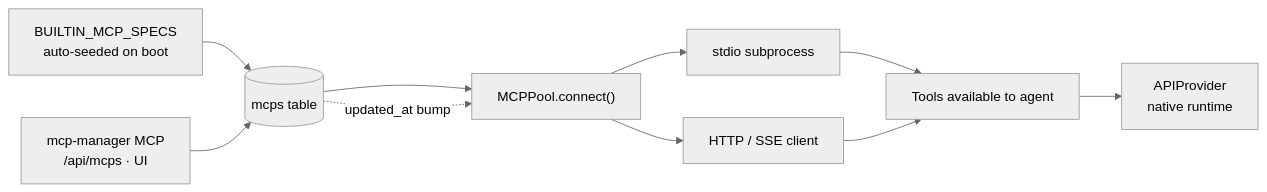
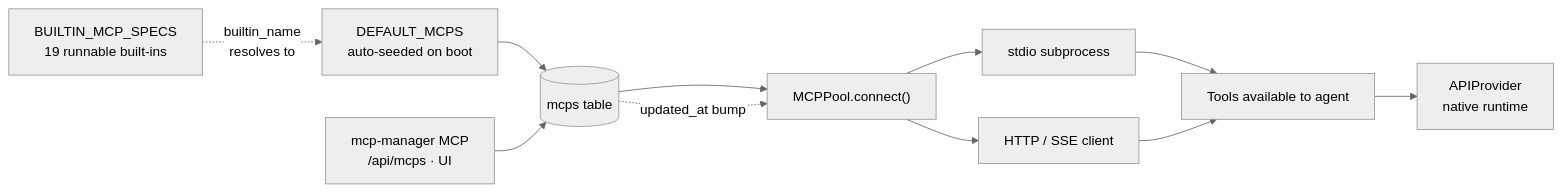
Before and after one commit to openagent-uno/openagent-docs: the fourth of 9 diagrams in guide/architecture.md, drawn with Mermaid (neutral theme). The commit also changed other lines of this file and 6 other files, not shown here.

````diff
--- a/guide/architecture.md
+++ b/guide/architecture.md
@@ -151,15 +216,16 @@
 ```mermaid
 flowchart LR
-    Seed["BUILTIN_MCP_SPECS<br/>auto-seeded on boot"] --> DB[(mcps table)]
+    Seed["DEFAULT_MCPS<br/>auto-seeded on boot"] --> DB[(mcps table)]
+    Specs["BUILTIN_MCP_SPECS<br/>19 runnable built-ins"] -. "builtin_name<br/>resolves to" .-> Seed
     Manager["mcp-manager MCP<br/>/api/mcps · UI"] --> DB
 
     DB --> Pool["MCPPool.connect()"]
     Pool --> Stdio["stdio subprocess"]
     Pool --> Http["HTTP / SSE client"]
 
     Stdio --> Tools["Tools available to agent"]
     Http --> Tools
     Tools --> API["APIProvider<br/>native runtime"]
 
     DB -. updated_at bump .-> Pool
 ```
````
